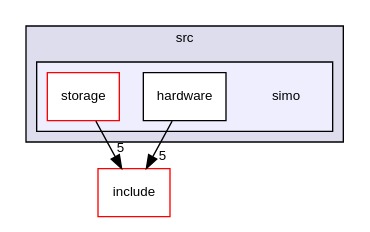
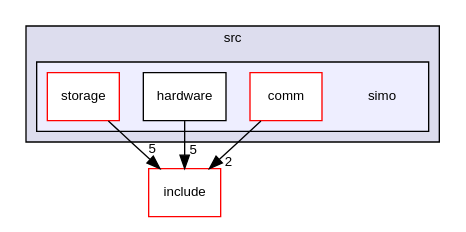
One commit to Germanvelardez2018/simo.v2 changed the diagram in docs/dir_c4acac0979fb7e09bcb67a660e699ac3_dep.dot. Above: the diagram before and after it, drawn with Graphviz. The commit also changed 175 other files, not shown here.

```diff
--- a/docs/dir_c4acac0979fb7e09bcb67a660e699ac3_dep.dot
+++ b/docs/dir_c4acac0979fb7e09bcb67a660e699ac3_dep.dot
@@ -1,17 +1,19 @@
 digraph "core/src/simo" {
   compound=true
   node [ fontsize="10", fontname="Helvetica"];
   edge [ labelfontsize="10", labelfontname="Helvetica"];
   subgraph clusterdir_90fd98a0ba30abf7a6068a44995d2d6b {
     graph [ bgcolor="#ddddee", pencolor="black", label="src" fontname="Helvetica", fontsize="10", URL="dir_90fd98a0ba30abf7a6068a44995d2d6b.html"]
   subgraph clusterdir_c4acac0979fb7e09bcb67a660e699ac3 {
     graph [ bgcolor="#eeeeff", pencolor="black", label="" URL="dir_c4acac0979fb7e09bcb67a660e699ac3.html"];
     dir_c4acac0979fb7e09bcb67a660e699ac3 [shape=plaintext label="simo"];
+    dir_6fa789263611014976c50996af3517c5 [shape=box label="comm" color="red" fillcolor="white" style="filled" URL="dir_6fa789263611014976c50996af3517c5.html"];
     dir_6d88a1801a5915da0665f21e766a543a [shape=box label="hardware" color="black" fillcolor="white" style="filled" URL="dir_6d88a1801a5915da0665f21e766a543a.html"];
     dir_2c8bc93ff3a5e0101bc097bb9a4d49bf [shape=box label="storage" color="red" fillcolor="white" style="filled" URL="dir_2c8bc93ff3a5e0101bc097bb9a4d49bf.html"];
   }
   }
   dir_24d671cfcbc5d5238a6bd565a49d198f [shape=box label="include" fillcolor="white" style="filled" color="red" URL="dir_24d671cfcbc5d5238a6bd565a49d198f.html"];
-  dir_2c8bc93ff3a5e0101bc097bb9a4d49bf->dir_24d671cfcbc5d5238a6bd565a49d198f [headlabel="5", labeldistance=1.5 headhref="dir_000009_000001.html"];
-  dir_6d88a1801a5915da0665f21e766a543a->dir_24d671cfcbc5d5238a6bd565a49d198f [headlabel="5", labeldistance=1.5 headhref="dir_000008_000001.html"];
+  dir_6fa789263611014976c50996af3517c5->dir_24d671cfcbc5d5238a6bd565a49d198f [headlabel="2", labeldistance=1.5 headhref="dir_000010_000001.html"];
+  dir_2c8bc93ff3a5e0101bc097bb9a4d49bf->dir_24d671cfcbc5d5238a6bd565a49d198f [headlabel="5", labeldistance=1.5 headhref="dir_000013_000001.html"];
+  dir_6d88a1801a5915da0665f21e766a543a->dir_24d671cfcbc5d5238a6bd565a49d198f [headlabel="5", labeldistance=1.5 headhref="dir_000012_000001.html"];
 }
```
